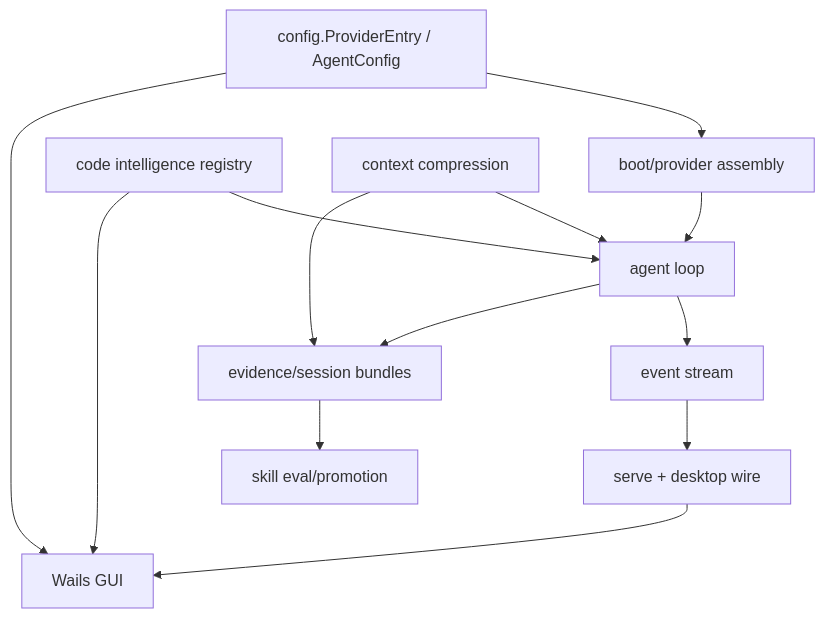
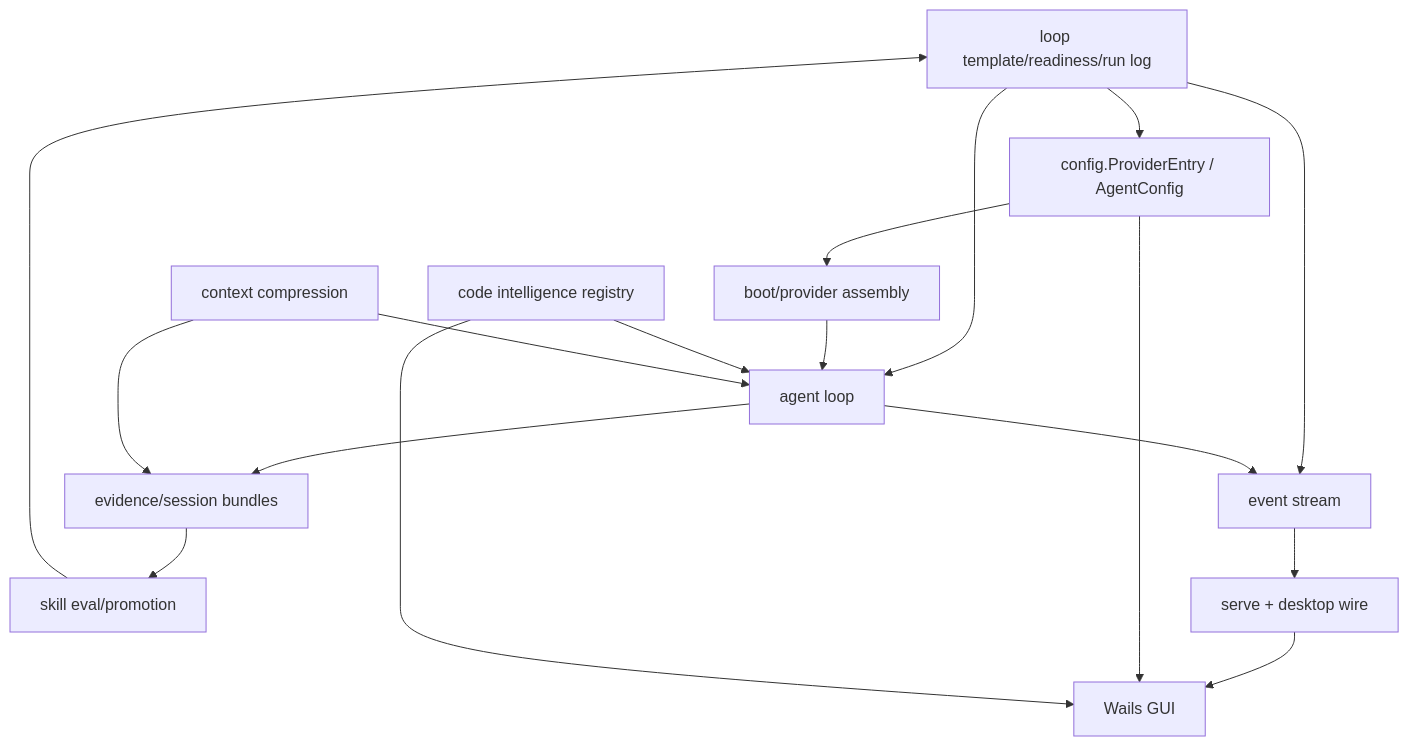
The second of 2 diagrams in docs/cc/maddog-fusion--3949/plan-external-schemes.md (sekkit/maddog), drawn with Mermaid before and after one commit. The commit also changed other lines of this file and 266 other files, not shown here.

````diff
--- a/docs/cc/maddog-fusion--3949/plan-external-schemes.md
+++ b/docs/cc/maddog-fusion--3949/plan-external-schemes.md
@@ -595,15 +845,19 @@
 ```mermaid
 flowchart TB
+    Loop["loop template/readiness/run log"] --> Config["config.ProviderEntry / AgentConfig"]
+    Loop --> Agent["agent loop"]
+    Loop --> Events["event stream"]
     Config["config.ProviderEntry / AgentConfig"] --> Boot["boot/provider assembly"]
     Boot --> Agent["agent loop"]
     Agent --> Events["event stream"]
     Agent --> Evidence["evidence/session bundles"]
     Evidence --> SkillEval["skill eval/promotion"]
     Events --> Serve["serve + desktop wire"]
     Serve --> Desktop["Wails GUI"]
     Config --> Desktop
     CodeIntel["code intelligence registry"] --> Agent
     CodeIntel --> Desktop
     Compression["context compression"] --> Agent
     Compression --> Evidence
+    SkillEval["skill eval/promotion"] --> Loop
 ```
````
